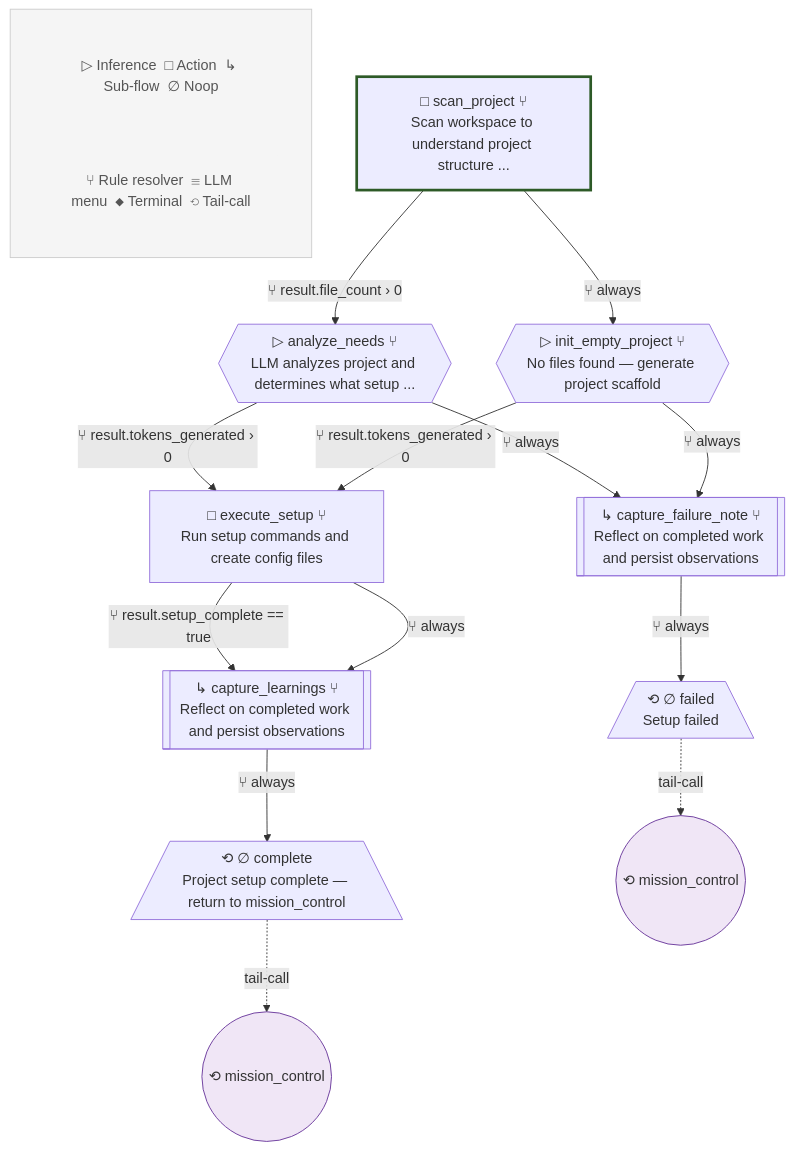
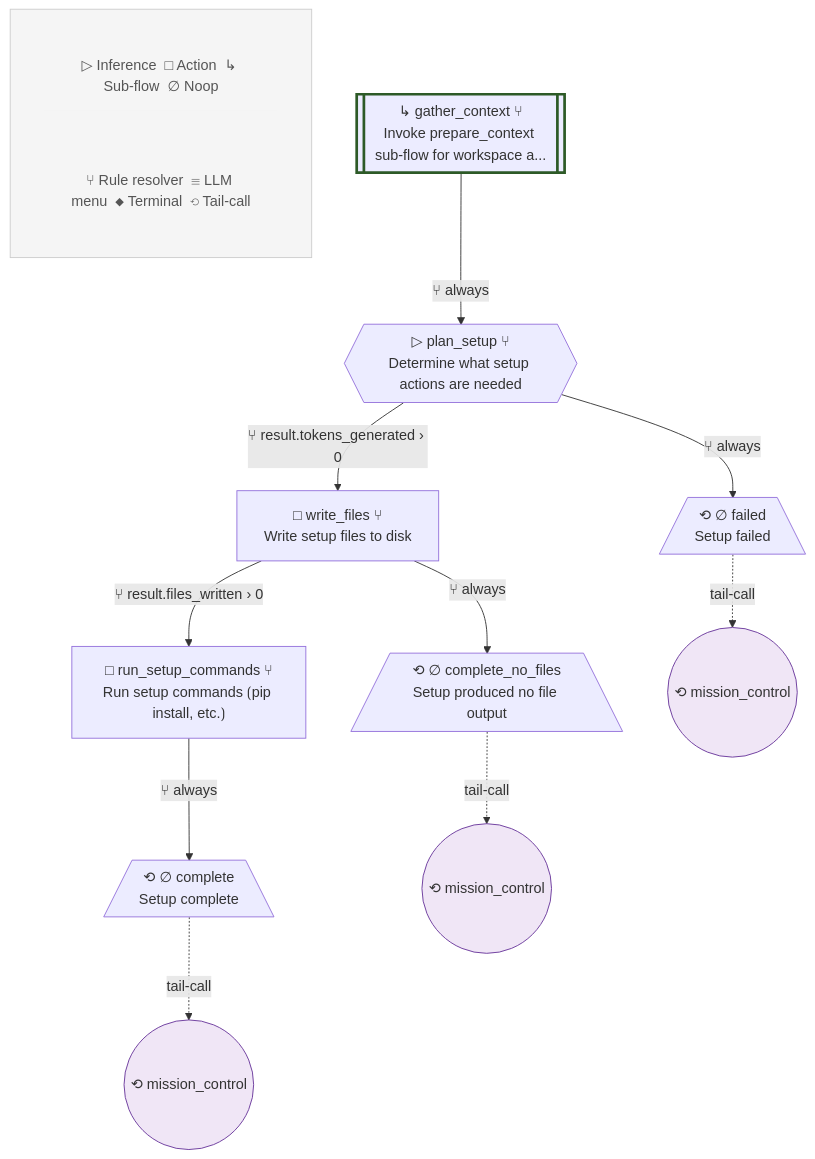
Diagram 14 of 31 in blueprint.md (lah-rb/ouroboros), drawn with Mermaid before and after one commit. The commit also changed other lines of this file and 32 other files, not shown here.

````diff
--- a/blueprint.md
+++ b/blueprint.md
@@ -1232,41 +1069,39 @@
 ```mermaid
 flowchart TD
-    %% setup_project v1
+    %% setup_project v2
 
     subgraph Legend[" "]
         L1["▷ Inference  □ Action  ↳ Sub-flow  ∅ Noop"]
         L2["⑂ Rule resolver  ☰ LLM menu  ◆ Terminal  ⟲ Tail-call"]
     end
     style Legend fill:#f5f5f5,stroke:#ccc,stroke-width:1px
     style L1 fill:#f5f5f5,stroke:none,color:#555
     style L2 fill:#f5f5f5,stroke:none,color:#555
 
-    scan_project["□ scan_project ⑂\nScan workspace to understand project structure ..."]
-    analyze_needs{{"▷ analyze_needs ⑂\nLLM analyzes project and determines what setup ..."}}
-    execute_setup["□ execute_setup ⑂\nRun setup commands and create config files"]
-    init_empty_project{{"▷ init_empty_project ⑂\nNo files found — generate project scaffold"}}
-    capture_learnings[["↳ capture_learnings ⑂\nReflect on completed work and persist observations"]]
-    complete[/"⟲ ∅ complete\nProject setup complete — return to mission_control"\]
-    capture_failure_note[["↳ capture_failure_note ⑂\nReflect on completed work and persist observations"]]
+    gather_context[["↳ gather_context ⑂\nInvoke prepare_context sub-flow for workspace a..."]]
+    plan_setup{{"▷ plan_setup ⑂\nDetermine what setup actions are needed"}}
+    write_files["□ write_files ⑂\nWrite setup files to disk"]
+    run_setup_commands["□ run_setup_commands ⑂\nRun setup commands ⟮pip install, etc.⟯"]
+    complete[/"⟲ ∅ complete\nSetup complete"\]
+    complete_no_files[/"⟲ ∅ complete_no_files\nSetup produced no file output"\]
     failed[/"⟲ ∅ failed\nSetup failed"\]
 
-    style scan_project stroke-width:3px,stroke:#2d5a27
+    style gather_context stroke-width:3px,stroke:#2d5a27
 
-    scan_project -->|⑂ result.file_count › 0| analyze_needs
-    scan_project -->|⑂ always| init_empty_project
-    analyze_needs -->|⑂ result.tokens_generated › 0| execute_setup
-    analyze_needs -->|⑂ always| capture_failure_note
-    execute_setup -->|⑂ result.setup_complete == true| capture_learnings
-    execute_setup -->|⑂ always| capture_learnings
-    init_empty_project -->|⑂ result.tokens_generated › 0| execute_setup
-    init_empty_project -->|⑂ always| capture_failure_note
-    capture_learnings -->|⑂ always| complete
+    gather_context -->|⑂ always| plan_setup
+    plan_setup -->|⑂ result.tokens_generated › 0| write_files
+    plan_setup -->|⑂ always| failed
+    write_files -->|⑂ result.files_written › 0| run_setup_commands
+    write_files -->|⑂ always| complete_no_files
+    run_setup_commands -->|⑂ always| complete
     tc_complete(("⟲ mission_control"))
     style tc_complete fill:#f0e6f6,stroke:#663399
     complete -.->|tail-call| tc_complete
-    capture_failure_note -->|⑂ always| failed
+    tc_complete_no_files(("⟲ mission_control"))
+    style tc_complete_no_files fill:#f0e6f6,stroke:#663399
+    complete_no_files -.->|tail-call| tc_complete_no_files
     tc_failed(("⟲ mission_control"))
     style tc_failed fill:#f0e6f6,stroke:#663399
     failed -.->|tail-call| tc_failed
 
 ```
````
